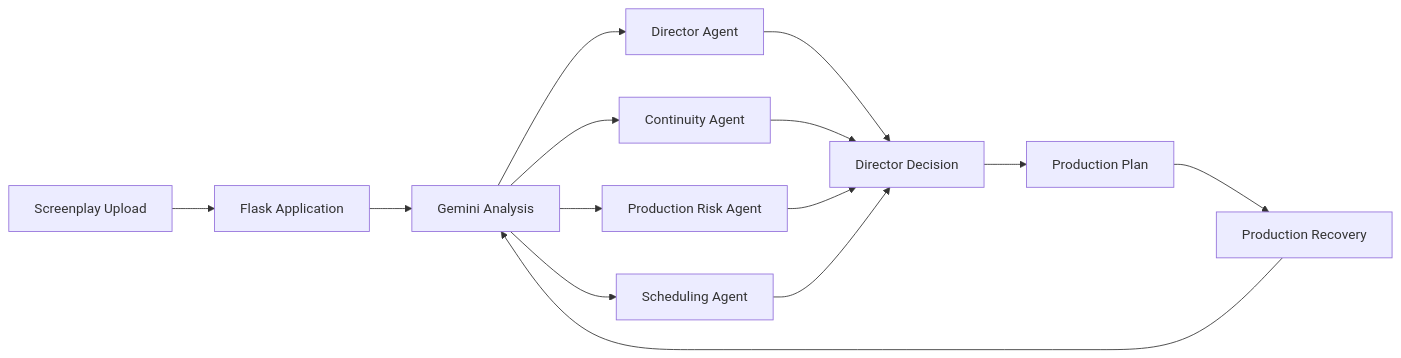
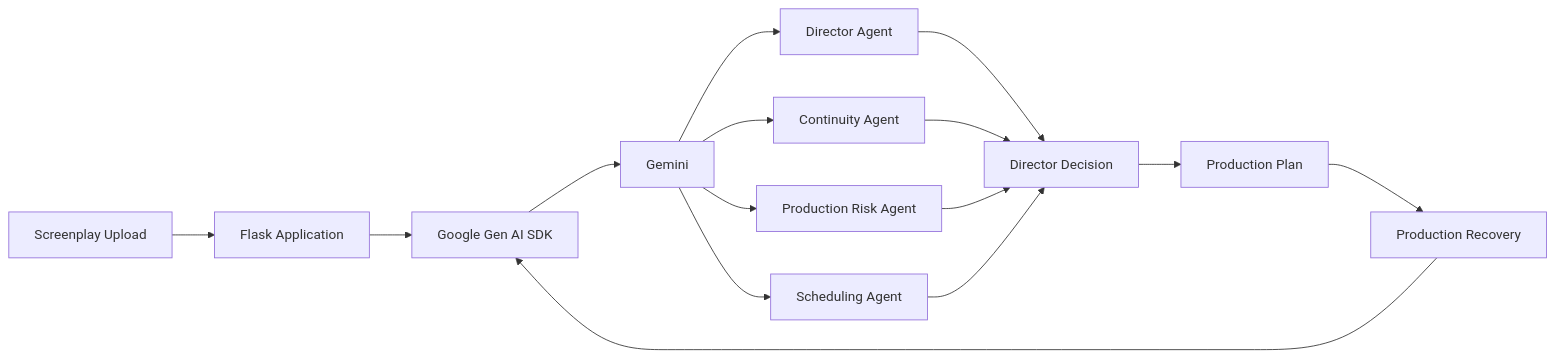
Before and after one commit to eemanefatimaawan567-glitch/ScenePilot-AI: the diagram in README.md, drawn with Mermaid. The commit also changed other lines of this file, not shown here.

Commit message:
Document official Google Gen AI SDK runtime

````diff
--- a/README.md
+++ b/README.md
@@ -54,16 +54,17 @@
 ```mermaid
 flowchart LR
     A[Screenplay Upload] --> B[Flask Application]
-    B --> C[Gemini Analysis]
-    C --> D[Director Agent]
-    C --> E[Continuity Agent]
-    C --> F[Production Risk Agent]
-    C --> G[Scheduling Agent]
-    D --> H[Director Decision]
-    E --> H
-    F --> H
-    G --> H
-    H --> I[Production Plan]
-    I --> J[Production Recovery]
-    J --> C
+    B --> C[Google Gen AI SDK]
+    C --> D[Gemini]
+    D --> E[Director Agent]
+    D --> F[Continuity Agent]
+    D --> G[Production Risk Agent]
+    D --> H[Scheduling Agent]
+    E --> I[Director Decision]
+    F --> I
+    G --> I
+    H --> I
+    I --> J[Production Plan]
+    J --> K[Production Recovery]
+    K --> C
 ```
````
